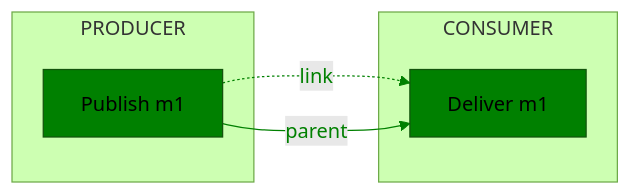
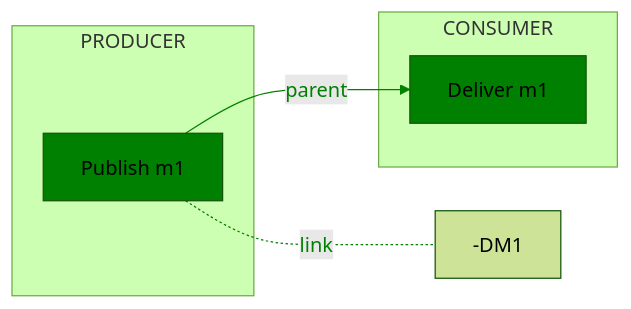
The third of 12 diagrams in text/trace/0220-messaging-semantic-conventions-span-structure.md (open-telemetry/oteps), drawn with Mermaid (forest theme) before and after one commit. The commit also changed other lines of this file, not shown here.

````diff
--- a/text/trace/0220-messaging-semantic-conventions-span-structure.md
+++ b/text/trace/0220-messaging-semantic-conventions-span-structure.md
@@ -368,15 +368,15 @@
 ```mermaid
 flowchart LR;
   subgraph PRODUCER
   PM1[Publish m1]
   end
   subgraph CONSUMER
   DM1[Deliver m1]
   end
-  PM1-. link .->DM1;
+  PM1-. link .--DM1;
   PM1-- parent -->DM1;
 
   classDef normal fill:green
   class PM1,DM1 normal
   linkStyle 0,1 color:green,stroke:green
 ```
````
